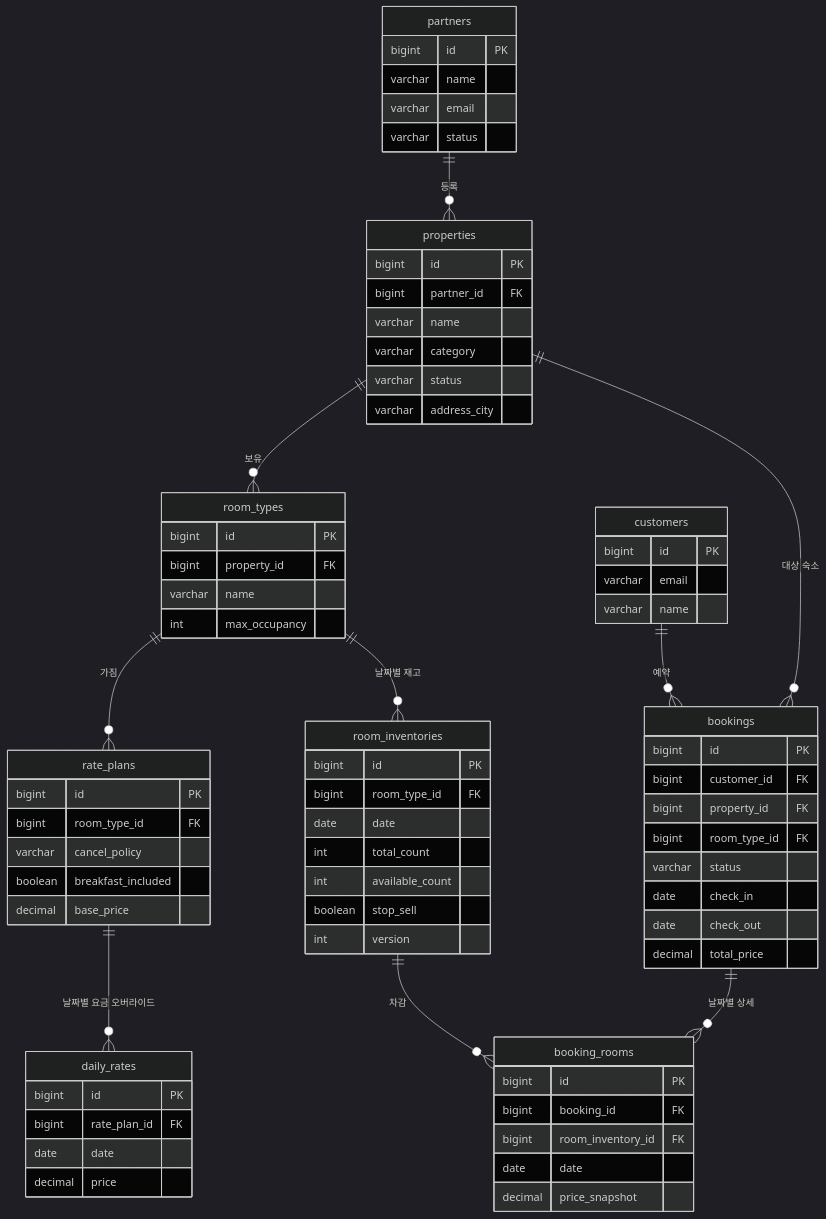
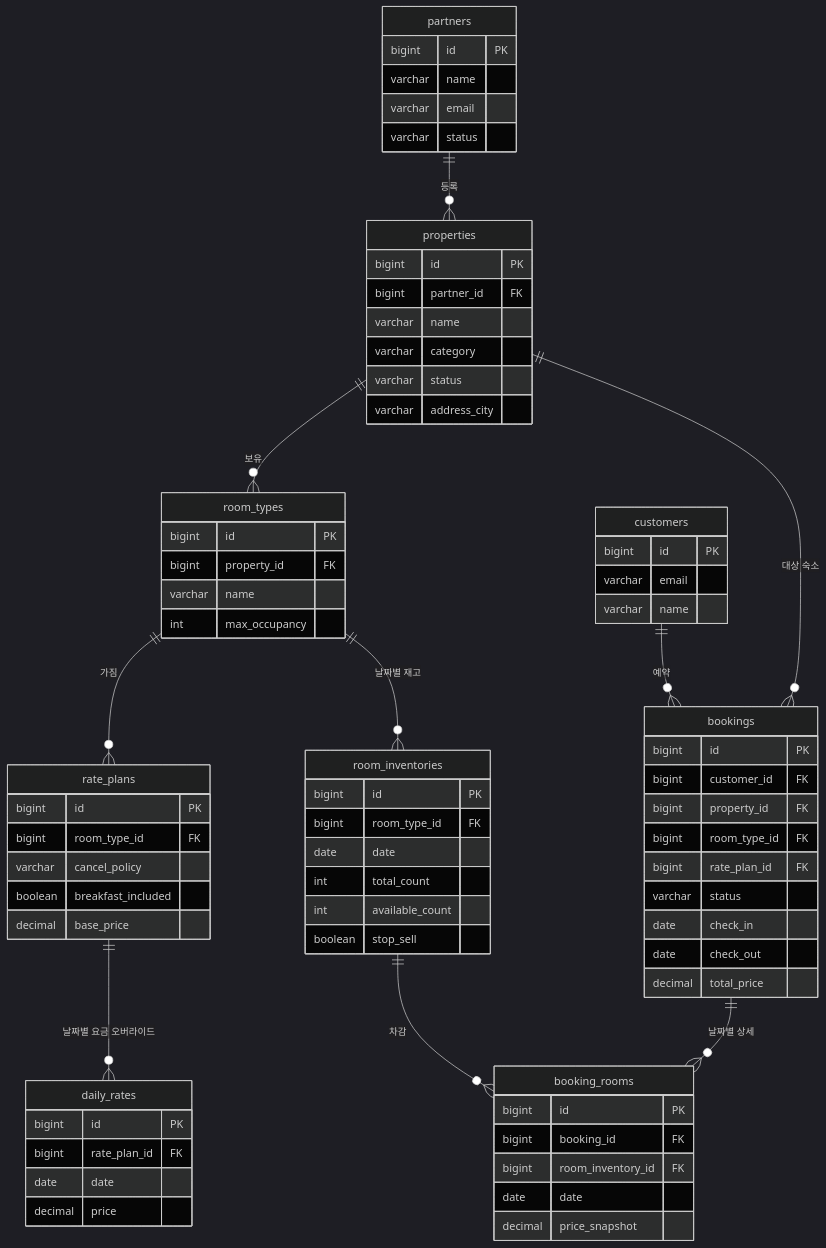
Before and after one commit to Zoo-12/ota-platform: the diagram in docs/erd.md, drawn with Mermaid (dark theme). The commit also changed other lines of this file and 3 other files, not shown here.

````diff
--- a/docs/erd.md
+++ b/docs/erd.md
@@ -257,77 +256,77 @@
 ```mermaid
 erDiagram
     partners ||--o{ properties : "등록"
     properties ||--o{ room_types : "보유"
     room_types ||--o{ rate_plans : "가짐"
     room_types ||--o{ room_inventories : "날짜별 재고"
     rate_plans ||--o{ daily_rates : "날짜별 요금 오버라이드"
     customers ||--o{ bookings : "예약"
     bookings ||--o{ booking_rooms : "날짜별 상세"
     room_inventories ||--o{ booking_rooms : "차감"
     properties ||--o{ bookings : "대상 숙소"
 
     partners {
         bigint id PK
         varchar name
         varchar email
         varchar status
     }
     properties {
         bigint id PK
         bigint partner_id FK
         varchar name
         varchar category
         varchar status
         varchar address_city
     }
     room_types {
         bigint id PK
         bigint property_id FK
         varchar name
         int max_occupancy
     }
     rate_plans {
         bigint id PK
         bigint room_type_id FK
         varchar cancel_policy
         boolean breakfast_included
         decimal base_price
     }
     room_inventories {
         bigint id PK
         bigint room_type_id FK
         date date
         int total_count
         int available_count
         boolean stop_sell
-        int version
     }
     daily_rates {
         bigint id PK
         bigint rate_plan_id FK
         date date
         decimal price
     }
     customers {
         bigint id PK
         varchar email
         varchar name
     }
     bookings {
         bigint id PK
         bigint customer_id FK
         bigint property_id FK
         bigint room_type_id FK
+        bigint rate_plan_id FK
         varchar status
         date check_in
         date check_out
         decimal total_price
     }
     booking_rooms {
         bigint id PK
         bigint booking_id FK
         bigint room_inventory_id FK
         date date
         decimal price_snapshot
     }
 ```
````
